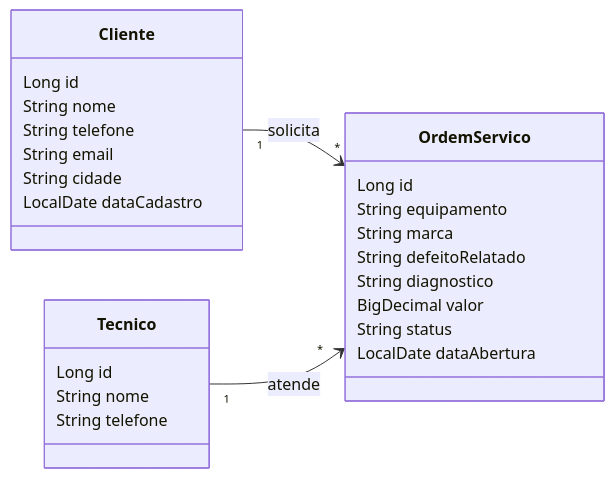
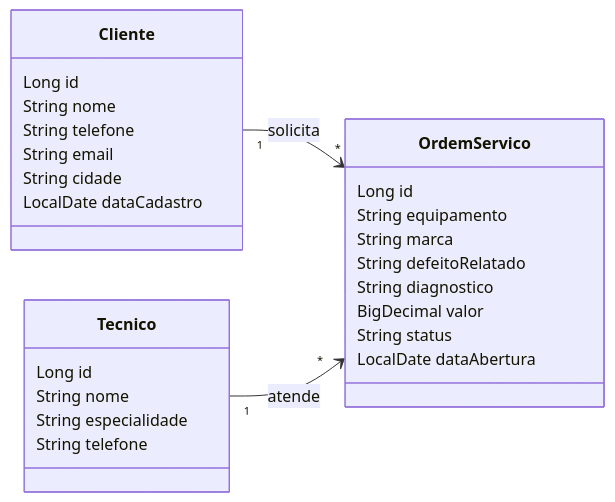
One commit to FernandoV010/projeto-final-ordens_de_servico- changed the diagram in README.md. Above: the diagram before and after it, drawn with Mermaid. The commit also changed 3 other files, not shown here.

````diff
--- a/README.md
+++ b/README.md
@@ -84,29 +84,30 @@
 ```mermaid
 classDiagram
     direction LR
     class Cliente {
         Long id
         String nome
         String telefone
         String email
         String cidade
         LocalDate dataCadastro
     }
     class Tecnico {
         Long id
         String nome
+        String especialidade
         String telefone
     }
     class OrdemServico {
         Long id
         String equipamento
         String marca
         String defeitoRelatado
         String diagnostico
         BigDecimal valor
         String status
         LocalDate dataAbertura
     }
     Cliente "1" --> "*" OrdemServico : solicita
     Tecnico "1" --> "*" OrdemServico : atende
 ```
````
